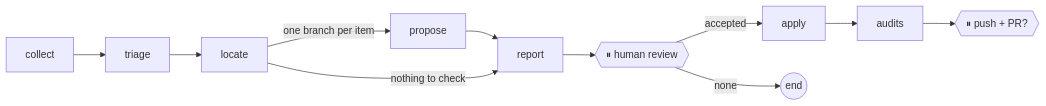
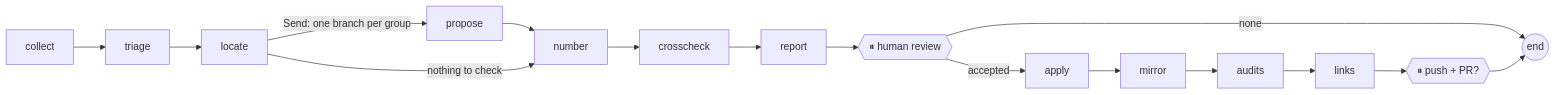
One commit to DamienBecherini/vault-watch-agent changed the diagram in README.md. Above: the diagram before and after it, drawn with Mermaid. The commit also changed other lines of this file and 3 other files, not shown here.

Commit message:
README brought up to date (cross-check, mirror, links, fix and eval commands, measured costs, design choices); roadmap phase A ticked; MIT licence file

````diff
--- a/README.md
+++ b/README.md
@@ -12,9 +17,10 @@
 ```mermaid
 flowchart LR
   collect --> triage --> locate
-  locate -->|one branch per item| propose --> report
-  locate -->|nothing to check| report
-  report --> review{{"⏸ human review"}}
-  review -->|accepted| apply --> audits --> publish{{"⏸ push + PR?"}}
+  locate -->|"Send: one branch per group"| propose --> number
+  locate -->|nothing to check| number
+  number --> crosscheck --> report --> review{{"⏸ human review"}}
+  review -->|accepted| apply --> mirror --> audits --> links --> publish{{"⏸ push + PR?"}}
   review -->|none| stop((end))
+  publish --> stop
 ```
````
